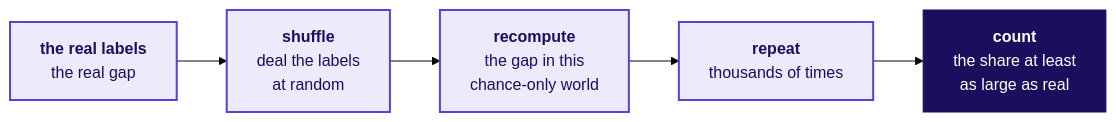
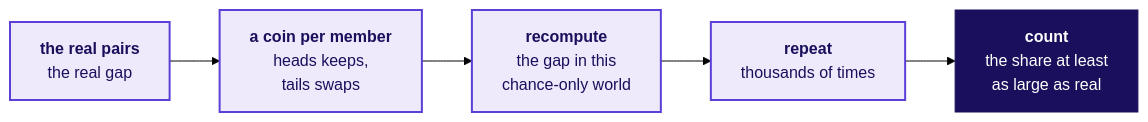
Before and after one commit to fde-academy-lab/c2-content-factory: the fourth of 32 diagrams in content/W01/D4/slides/C2_W01_D04_half1_STUDENT.md, drawn with Mermaid (forest theme). The commit also changed other lines of this file and 4 other files, not shown here.

````diff
--- a/content/W01/D4/slides/C2_W01_D04_half1_STUDENT.md
+++ b/content/W01/D4/slides/C2_W01_D04_half1_STUDENT.md
@@ -229,11 +235,11 @@
 ```mermaid
 flowchart LR
-    A["<b>the real labels</b><br/>the real gap"] --> B["<b>shuffle</b><br/>deal the labels<br/>at random"]
+    A["<b>the real pairs</b><br/>the real gap"] --> B["<b>a coin per member</b><br/>heads keeps,<br/>tails swaps"]
     B --> C["<b>recompute</b><br/>the gap in this<br/>chance-only world"]
     C --> D["<b>repeat</b><br/>thousands of times"]
     D --> E["<b>count</b><br/>the share at least<br/>as large as real"]
     classDef known fill:#EEEAFB,stroke:#5B3FD6,color:#1A0F5C,stroke-width:2px
     classDef bet fill:#1A0F5C,stroke:#1A0F5C,color:#FFFFFF
     class A,B,C,D known
     class E bet
 ```
````
